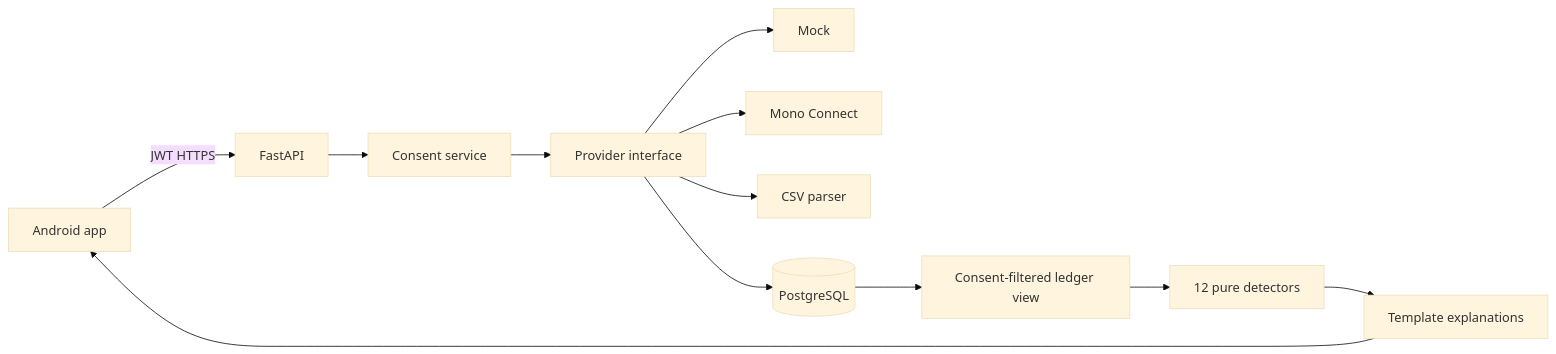
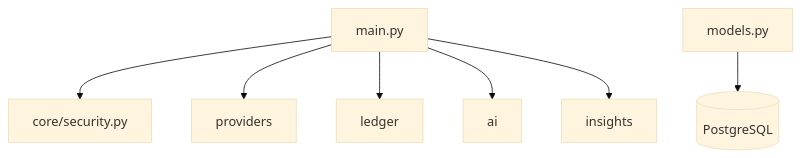
The second of 2 diagrams in docs/architecture.md (Opeoluwa-Muritala/Zenith-Hackathon-Project), drawn with Mermaid (base theme) before and after one commit. The commit also changed other lines of this file and 99 other files, not shown here.

````diff
--- a/docs/architecture.md
+++ b/docs/architecture.md
@@ -5,14 +14,9 @@
 ```mermaid
-flowchart LR
-  A[Android app] -->|JWT HTTPS| B[FastAPI]
-  B --> C[Consent service]
-  C --> D[Provider interface]
-  D --> E[Mock]
-  D --> F[Mono Connect]
-  D --> G[CSV parser]
-  D --> H[(PostgreSQL)]
-  H --> I[Consent-filtered ledger view]
-  I --> J[12 pure detectors]
-  J --> K[Template explanations]
-  K --> A
+flowchart TD
+  Main[main.py] --> Auth[core/security.py]
+  Main --> Providers[providers]
+  Main --> Ledger[ledger]
+  Main --> AI[ai]
+  Main --> Insights[insights]
+  Models[models.py] --> DB[(PostgreSQL)]
 ```
````
